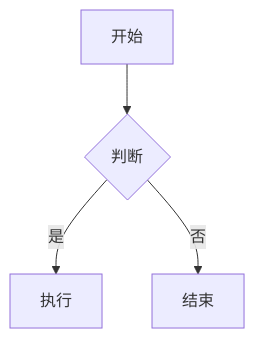
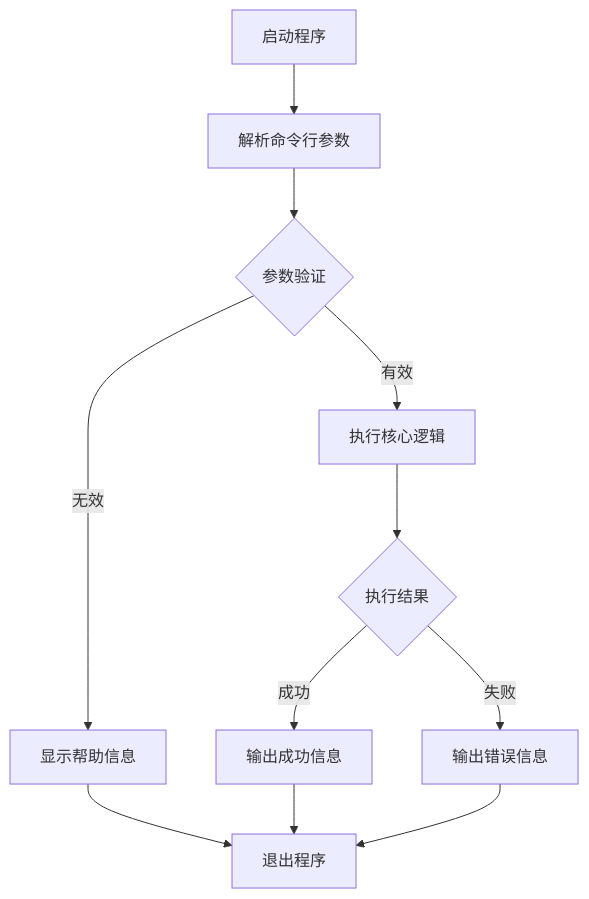
Before and after one commit to linjingpy/desk: the first of 2 diagrams in README.md, drawn with Mermaid. The commit also changed other lines of this file, not shown here.

Commit message:
更新

````diff
--- a/README.md
+++ b/README.md
@@ -41,6 +42,13 @@
 ```mermaid
 graph TD
-    A[开始] --> B{判断}
-    B -->|是| C[执行]
-    B -->|否| D[结束]
+    A[启动程序] --> B[解析命令行参数]
+        B --> C{参数验证}
+            C -->|无效| D[显示帮助信息]
+                C -->|有效| E[执行核心逻辑]
+                    E --> F{执行结果}
+                        F -->|成功| G[输出成功信息]
+                            F -->|失败| H[输出错误信息]
+                                D --> I[退出程序]
+                                    G --> I
+                                        H --> I
 ```
````
